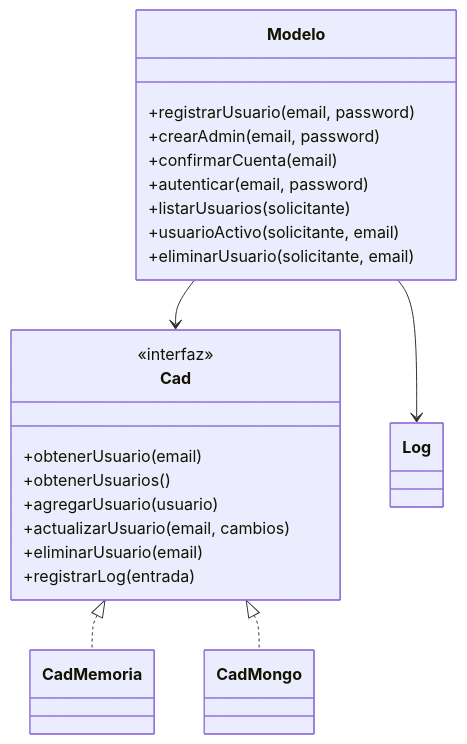
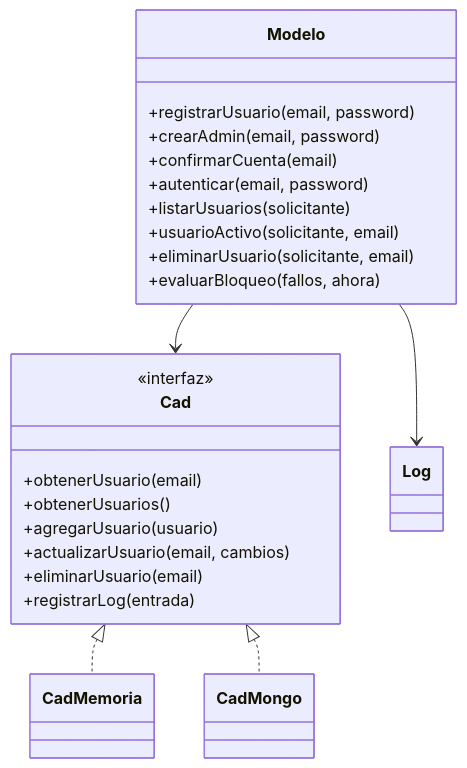
One commit to JoseManuelR2/ProcesosSW changed the first of 2 diagrams in README.md. Above: the diagram before and after it, drawn with Mermaid. The commit also changed other lines of this file, not shown here.

Commit message:
docs(readme): documenta la variante4 de bloqueo por intentos fallidos

````diff
--- a/README.md
+++ b/README.md
@@ -26,28 +26,29 @@
 ```mermaid
 classDiagram
     class Modelo {
         +registrarUsuario(email, password)
         +crearAdmin(email, password)
         +confirmarCuenta(email)
         +autenticar(email, password)
         +listarUsuarios(solicitante)
         +usuarioActivo(solicitante, email)
         +eliminarUsuario(solicitante, email)
+        +evaluarBloqueo(fallos, ahora)
     }
     class Cad {
         <<interfaz>>
         +obtenerUsuario(email)
         +obtenerUsuarios()
         +agregarUsuario(usuario)
         +actualizarUsuario(email, cambios)
         +eliminarUsuario(email)
         +registrarLog(entrada)
     }
     class CadMemoria
     class CadMongo
     class Log
     Modelo --> Cad
     Modelo --> Log
     Cad <|.. CadMemoria
     Cad <|.. CadMongo
 ```
````
